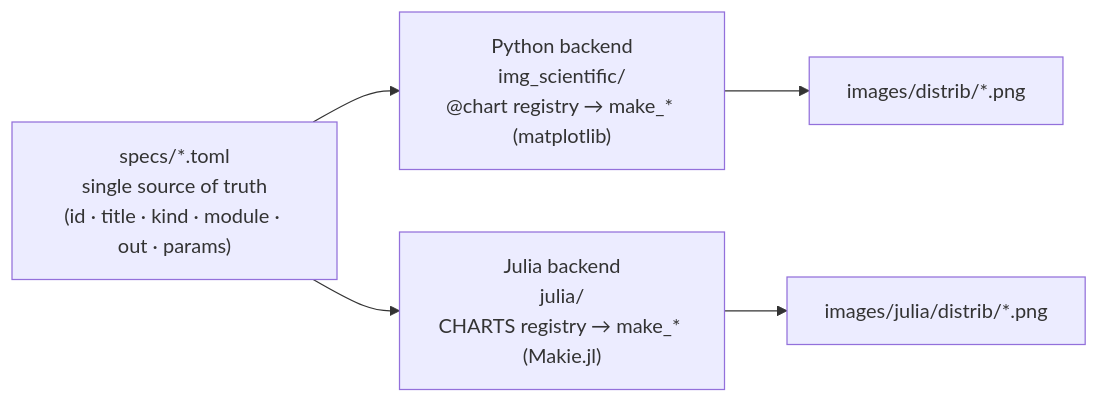
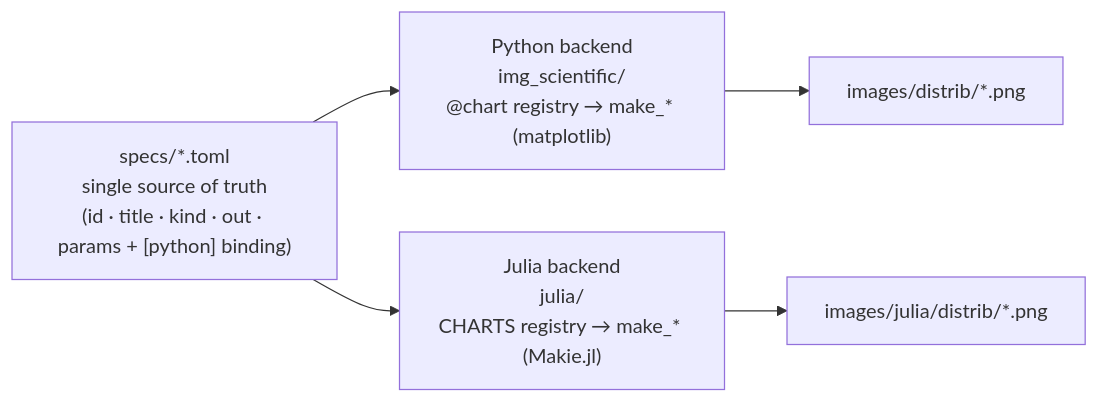
One commit to ivaquero/img-scientific changed the first of 2 diagrams in README.md. Above: the diagram before and after it, drawn with Mermaid. The commit also changed other lines of this file and 78 other files, not shown here.

````diff
--- a/README.md
+++ b/README.md
@@ -21,10 +23,10 @@
 ```mermaid
 flowchart LR
-    SPEC["specs/*.toml<br/>single source of truth<br/>(id · title · kind · module · out · params)"]
+    SPEC["specs/*.toml<br/>single source of truth<br/>(id · title · kind · out · params + [python] binding)"]
 
     SPEC --> PY["Python backend<br/>img_scientific/<br/>@chart registry → make_* (matplotlib)"]
     SPEC --> JL["Julia backend<br/>julia/<br/>CHARTS registry → make_* (Makie.jl)"]
 
     PY --> O1["images/distrib/*.png"]
     JL --> O2["images/julia/distrib/*.png"]
 ```
````
